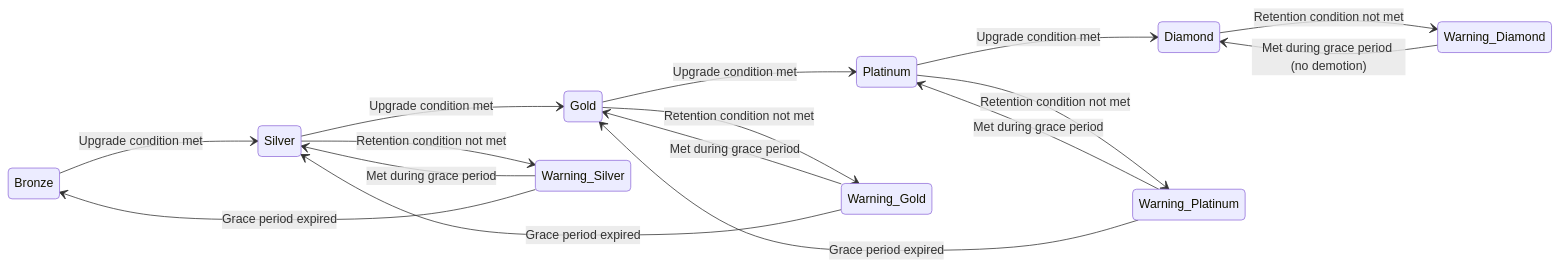
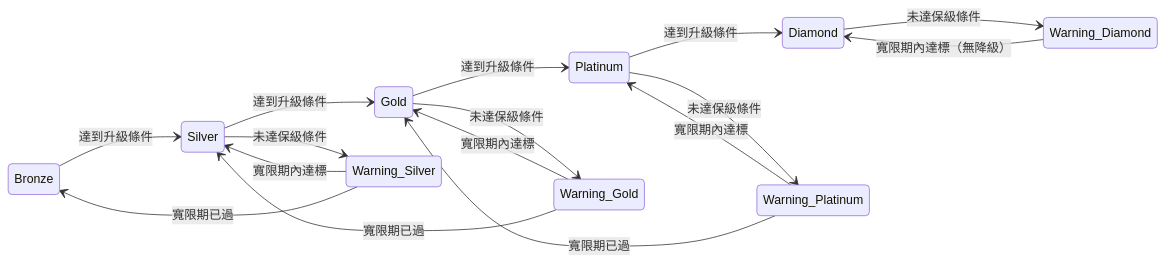
One commit to ron03wlb/smart-admin changed the fourth of 4 diagrams in docs/iGaming/architecture/00_Overview/Data_Model.md. Above: the diagram before and after it, drawn with Mermaid. The commit also changed other lines of this file, not shown here.

````diff
--- a/docs/iGaming/architecture/00_Overview/Data_Model.md
+++ b/docs/iGaming/architecture/00_Overview/Data_Model.md
@@ -287,24 +287,24 @@
 ```mermaid
 stateDiagram-v2
     direction LR
-    Bronze --> Silver : Upgrade condition met
-    Silver --> Gold : Upgrade condition met
-    Gold --> Platinum : Upgrade condition met
-    Platinum --> Diamond : Upgrade condition met
+    Bronze --> Silver : 達到升級條件
+    Silver --> Gold : 達到升級條件
+    Gold --> Platinum : 達到升級條件
+    Platinum --> Diamond : 達到升級條件
 
-    Silver --> Warning_Silver : Retention condition not met
-    Gold --> Warning_Gold : Retention condition not met
-    Platinum --> Warning_Platinum : Retention condition not met
-    Diamond --> Warning_Diamond : Retention condition not met
+    Silver --> Warning_Silver : 未達保級條件
+    Gold --> Warning_Gold : 未達保級條件
+    Platinum --> Warning_Platinum : 未達保級條件
+    Diamond --> Warning_Diamond : 未達保級條件
 
-    Warning_Silver --> Silver : Met during grace period
-    Warning_Silver --> Bronze : Grace period expired
+    Warning_Silver --> Silver : 寬限期內達標
+    Warning_Silver --> Bronze : 寬限期已過
 
-    Warning_Gold --> Gold : Met during grace period
-    Warning_Gold --> Silver : Grace period expired
+    Warning_Gold --> Gold : 寬限期內達標
+    Warning_Gold --> Silver : 寬限期已過
 
-    Warning_Platinum --> Platinum : Met during grace period
-    Warning_Platinum --> Gold : Grace period expired
+    Warning_Platinum --> Platinum : 寬限期內達標
+    Warning_Platinum --> Gold : 寬限期已過
 
-    Warning_Diamond --> Diamond : Met during grace period (no demotion)
+    Warning_Diamond --> Diamond : 寬限期內達標（無降級）
 ```
````
